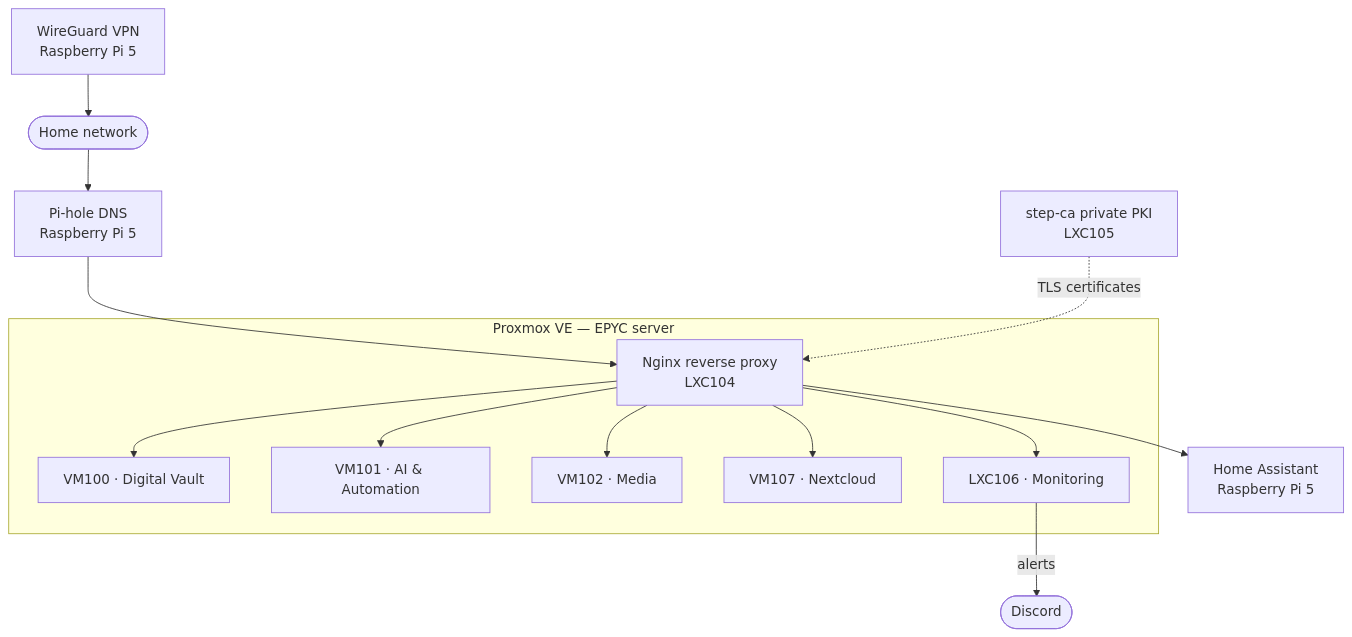
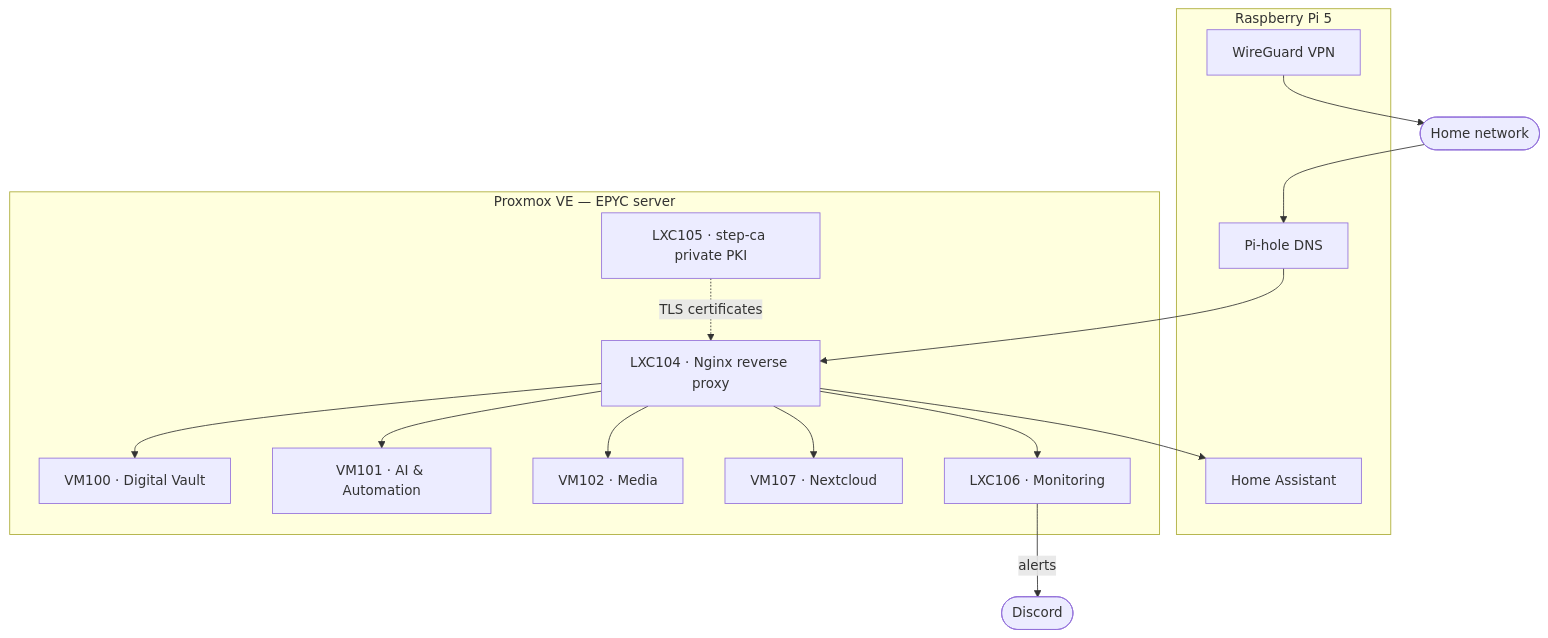
The diagram in README.md (Philip8348/Personal-HomeLab), drawn with Mermaid before and after one commit.

Commit message:
Fix diagram: reverse proxy and CA run on the EPYC host

````diff
--- a/README.md
+++ b/README.md
@@ -26,18 +26,31 @@
 ```mermaid
 flowchart TB
-    LAN([Home network]) --> DNS[Pi-hole DNS<br/>Raspberry Pi 5]
-    DNS --> RP[Nginx reverse proxy<br/>LXC104]
-    CA[step-ca private PKI<br/>LXC105] -. TLS certificates .-> RP
+    LAN([Home network]) --> DNS
+
+    subgraph PI[Raspberry Pi 5]
+        DNS[Pi-hole DNS]
+        WG[WireGuard VPN]
+        HA[Home Assistant]
+    end
 
     subgraph PVE[Proxmox VE — EPYC server]
-        RP --> V100[VM100 · Digital Vault]
-        RP --> V101[VM101 · AI & Automation]
-        RP --> V102[VM102 · Media]
-        RP --> V107[VM107 · Nextcloud]
-        RP --> L106[LXC106 · Monitoring]
+        RP[LXC104 · Nginx reverse proxy]
+        CA[LXC105 · step-ca private PKI]
+        V100[VM100 · Digital Vault]
+        V101[VM101 · AI & Automation]
+        V102[VM102 · Media]
+        V107[VM107 · Nextcloud]
+        L106[LXC106 · Monitoring]
+        CA -. TLS certificates .-> RP
+        RP --> V100
+        RP --> V101
+        RP --> V102
+        RP --> V107
+        RP --> L106
     end
 
-    RP --> HA[Home Assistant<br/>Raspberry Pi 5]
+    DNS --> RP
+    RP --> HA
+    WG --> LAN
     L106 -- alerts --> DC([Discord])
-    WG[WireGuard VPN<br/>Raspberry Pi 5] --> LAN
 ```
````
